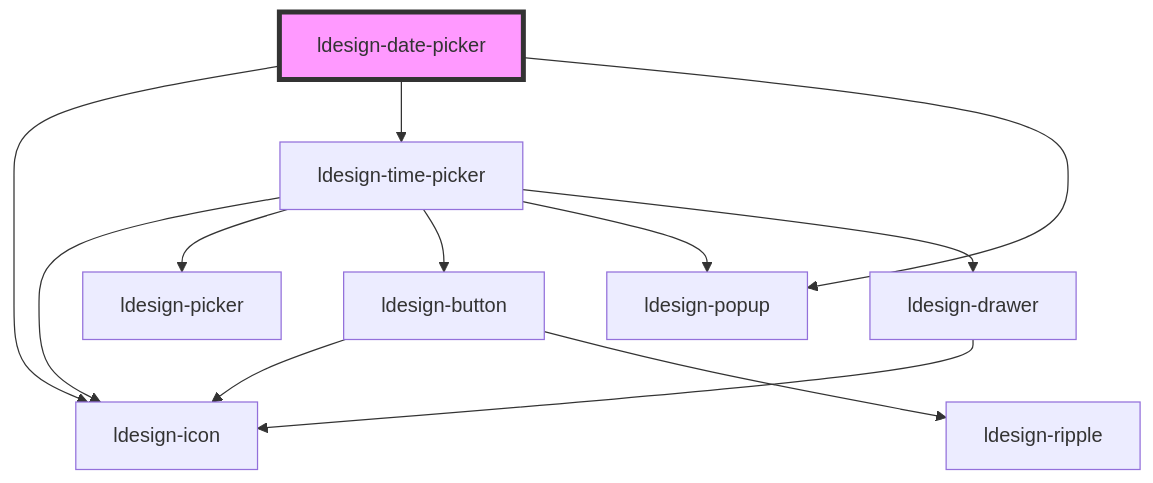
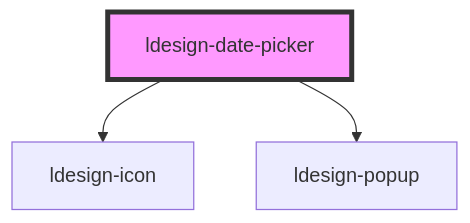
One commit to poly1603/ldesign changed the diagram in packages/webcomponent/src/components/datepicker/readme.md. Above: the diagram before and after it, drawn with Mermaid. The commit also changed other lines of this file and 32 other files, not shown here.

````diff
--- a/packages/webcomponent/src/components/datepicker/readme.md
+++ b/packages/webcomponent/src/components/datepicker/readme.md
@@ -121,15 +115,6 @@
 ```mermaid
 graph TD;
   ldesign-date-picker --> ldesign-icon
-  ldesign-date-picker --> ldesign-time-picker
   ldesign-date-picker --> ldesign-popup
-  ldesign-time-picker --> ldesign-icon
-  ldesign-time-picker --> ldesign-picker
-  ldesign-time-picker --> ldesign-button
-  ldesign-time-picker --> ldesign-popup
-  ldesign-time-picker --> ldesign-drawer
-  ldesign-button --> ldesign-icon
-  ldesign-button --> ldesign-ripple
-  ldesign-drawer --> ldesign-icon
   style ldesign-date-picker fill:#f9f,stroke:#333,stroke-width:4px
 ```
````
